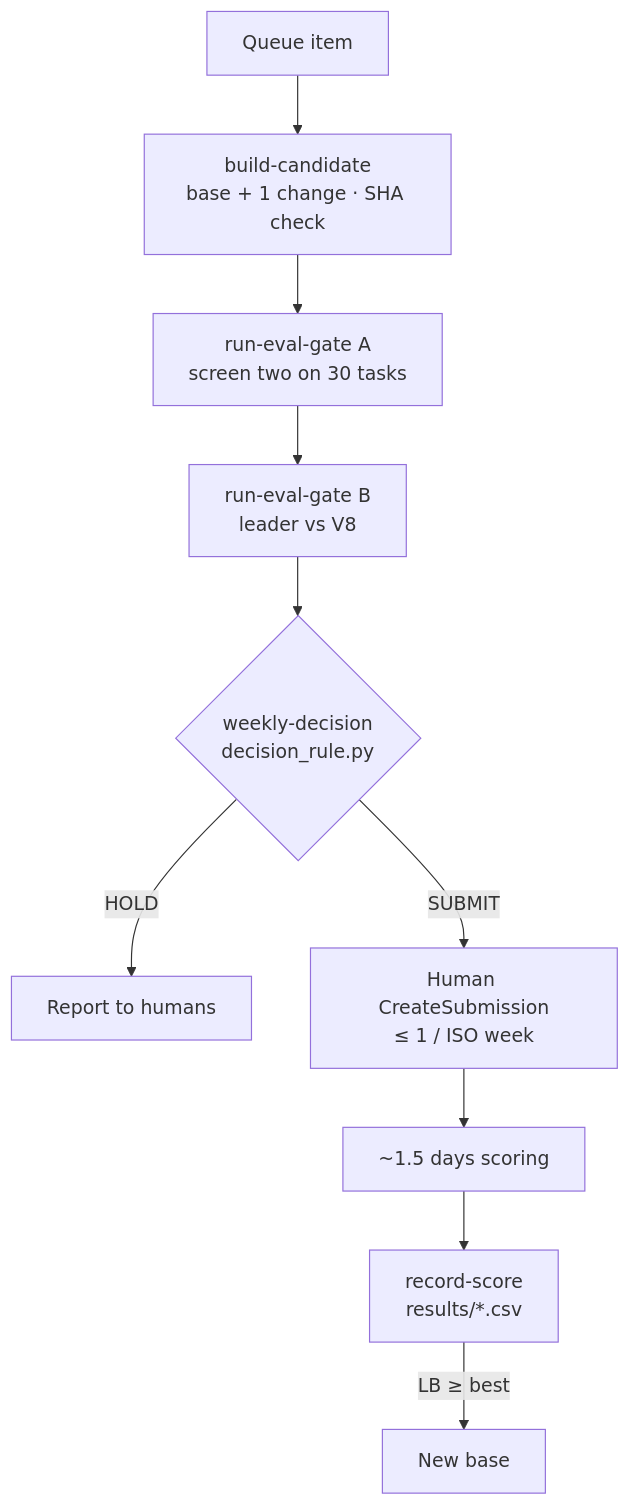
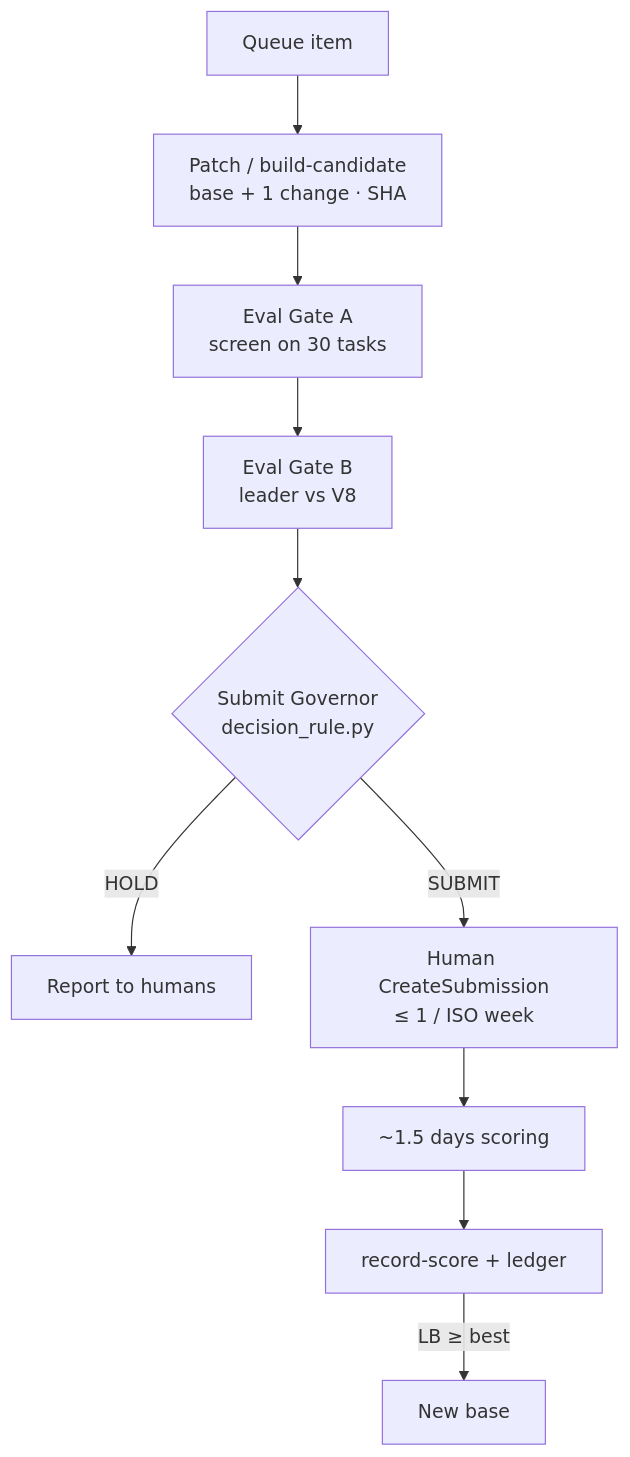
Before and after one commit to khaosans/noisegate-gemma4-factory: the second of 7 diagrams in docs/wiki/Architecture.md, drawn with Mermaid. The commit also changed other lines of this file and 9 other files, not shown here.

````diff
--- a/docs/wiki/Architecture.md
+++ b/docs/wiki/Architecture.md
@@ -19,12 +49,12 @@
 ```mermaid
 flowchart TB
-  Q[Queue item] --> BC[build-candidate<br/>base + 1 change · SHA check]
-  BC --> GA[run-eval-gate A<br/>screen two on 30 tasks]
-  GA --> GB[run-eval-gate B<br/>leader vs V8]
-  GB --> WD{weekly-decision<br/>decision_rule.py}
+  Q[Queue item] --> BC[Patch / build-candidate<br/>base + 1 change · SHA]
+  BC --> GA[Eval Gate A<br/>screen on 30 tasks]
+  GA --> GB[Eval Gate B<br/>leader vs V8]
+  GB --> WD{Submit Governor<br/>decision_rule.py}
   WD -->|HOLD| RH[Report to humans]
   WD -->|SUBMIT| CS[Human CreateSubmission<br/>≤ 1 / ISO week]
   CS --> Wait[~1.5 days scoring]
-  Wait --> RS[record-score<br/>results/*.csv]
+  Wait --> RS[record-score + ledger]
   RS -->|LB ≥ best| NB[New base]
 ```
````
